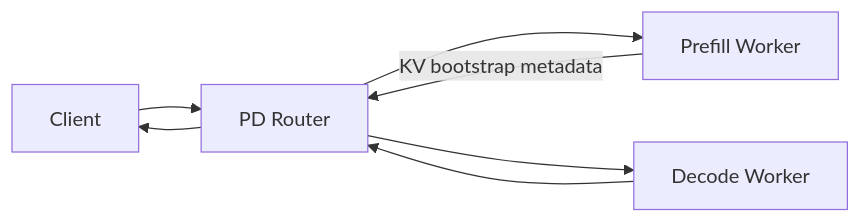
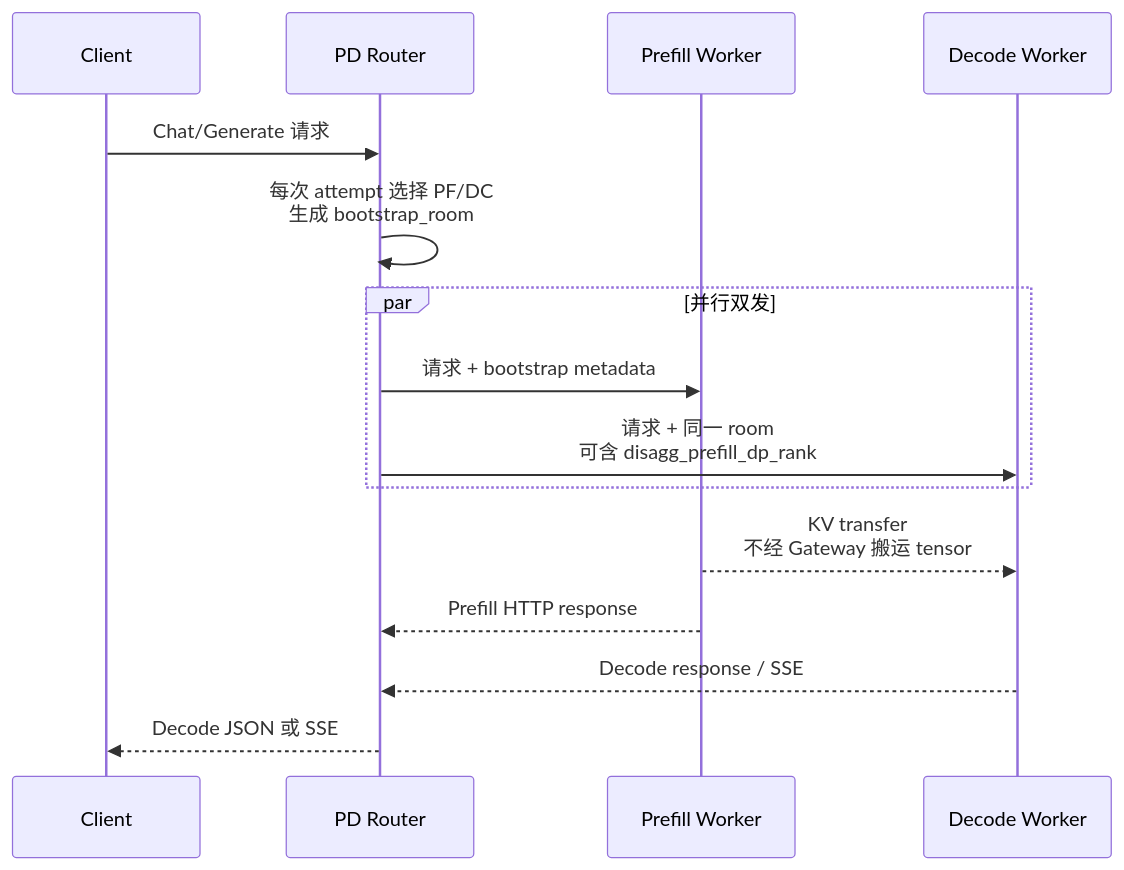
The second of 2 diagrams in sglang_reading/扩展组件/model-gateway/SGLang-model-gateway-数据流.md (OnlyHero5/sglang-reading-vault), drawn with Mermaid before and after one commit. The commit also changed other lines of this file and 512 other files, not shown here.

````diff
--- a/sglang_reading/扩展组件/model-gateway/SGLang-model-gateway-数据流.md
+++ b/sglang_reading/扩展组件/model-gateway/SGLang-model-gateway-数据流.md
@@ -146,9 +167,18 @@
 ```mermaid
-flowchart LR
- C[Client] --> G[PD Router]
- G --> P[Prefill Worker]
- P -->|KV bootstrap metadata| G
- G --> D[Decode Worker]
- D --> G
- G --> C
+sequenceDiagram
+ participant C as Client
+ participant G as PD Router
+ participant P as Prefill Worker
+ participant D as Decode Worker
+
+ C->>G: Chat/Generate 请求
+ G->>G: 每次 attempt 选择 PF/DC<br/>生成 bootstrap_room
+ par 并行双发
+  G->>P: 请求 + bootstrap metadata
+  G->>D: 请求 + 同一 room<br/>可含 disagg_prefill_dp_rank
+ end
+ P-->>D: KV transfer<br/>不经 Gateway 搬运 tensor
+ P-->>G: Prefill HTTP response
+ D-->>G: Decode response / SSE
+ G-->>C: Decode JSON 或 SSE
 ```
````
